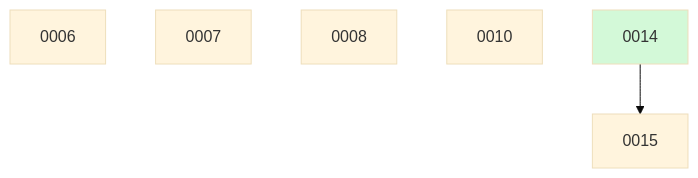
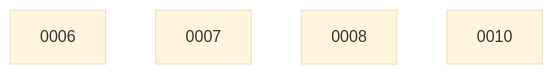
The diagram in docs/changes/BOARD.md (ethanhinson/codeindex), drawn with Mermaid (base theme) before and after one commit. The commit also changed other lines of this file, not shown here.

````diff
--- a/docs/changes/BOARD.md
+++ b/docs/changes/BOARD.md
@@ -20,10 +14,7 @@
 ```mermaid
 graph TD
   0006
   0007
   0008
   0010
-  0014 --> 0015
-  0014:::done
-  classDef done fill:#d3f9d8;
 ```
````
